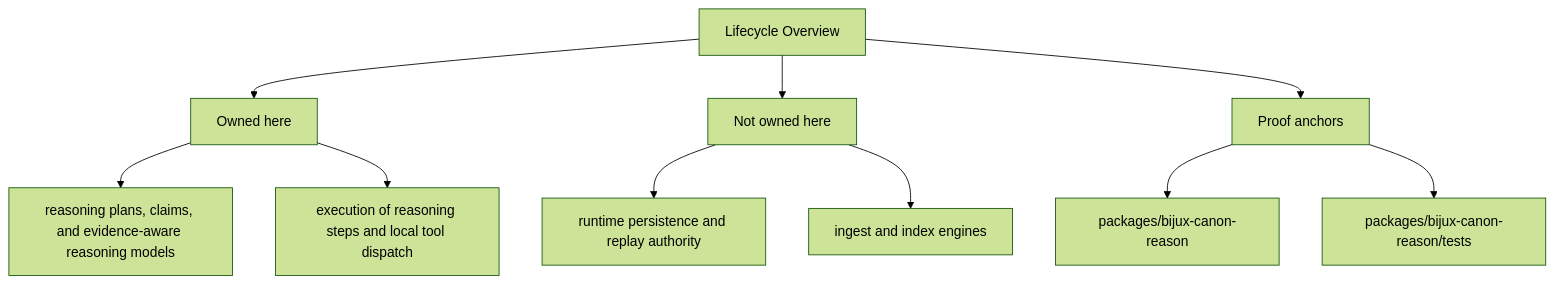
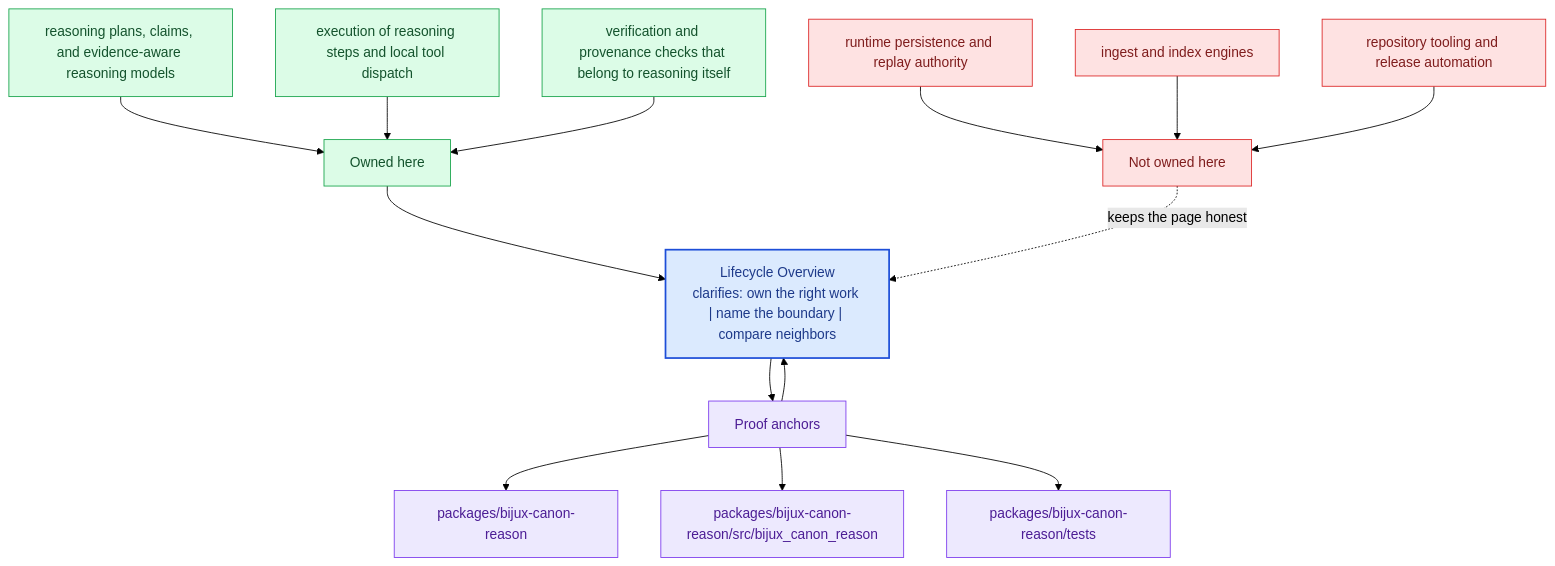
Before and after one commit to bijux/bijux-canon: the second of 2 diagrams in docs/bijux-canon-reason/foundation/lifecycle-overview.md, drawn with Mermaid (forest theme). The commit also changed other lines of this file and 281 other files, not shown here.

Commit message:
docs(diagrams): deepen handbook mermaid maps across the catalog

````diff
--- a/docs/bijux-canon-reason/foundation/lifecycle-overview.md
+++ b/docs/bijux-canon-reason/foundation/lifecycle-overview.md
@@ -36,22 +69,40 @@
 ```mermaid
-flowchart TD
-    page["Lifecycle Overview"]
+flowchart TB
+    promise["Lifecycle Overview<br/>clarifies: own the right work | name the boundary | compare neighbors"]
+    classDef promise fill:#dbeafe,stroke:#1d4ed8,color:#1e3a8a,stroke-width:2px;
+    classDef driver fill:#dcfce7,stroke:#16a34a,color:#14532d;
+    classDef constraint fill:#fee2e2,stroke:#dc2626,color:#7f1d1d;
+    classDef ground fill:#ede9fe,stroke:#7c3aed,color:#4c1d95;
     focus1["Owned here"]
-    page --> focus1
+    focus1 --> promise
     focus1_1["reasoning plans, claims, and evidence-aware reasoning models"]
-    focus1 --> focus1_1
+    focus1_1 --> focus1
     focus1_2["execution of reasoning steps and local tool dispatch"]
-    focus1 --> focus1_2
+    focus1_2 --> focus1
+    focus1_3["verification and provenance checks that belong to reasoning itself"]
+    focus1_3 --> focus1
+    class focus1 driver;
+    class focus1_1,focus1_2,focus1_3 driver;
     focus2["Not owned here"]
-    page --> focus2
+    focus2 -.keeps the page honest.-> promise
     focus2_1["runtime persistence and replay authority"]
-    focus2 --> focus2_1
+    focus2_1 --> focus2
     focus2_2["ingest and index engines"]
-    focus2 --> focus2_2
+    focus2_2 --> focus2
+    focus2_3["repository tooling and release automation"]
+    focus2_3 --> focus2
+    class focus2 constraint;
+    class focus2_1,focus2_2,focus2_3 constraint;
     focus3["Proof anchors"]
-    page --> focus3
+    focus3 --> promise
+    promise --> focus3
     focus3_1["packages/bijux-canon-reason"]
     focus3 --> focus3_1
-    focus3_2["packages/bijux-canon-reason/tests"]
+    focus3_2["packages/bijux-canon-reason/src/bijux_canon_reason"]
     focus3 --> focus3_2
+    focus3_3["packages/bijux-canon-reason/tests"]
+    focus3 --> focus3_3
+    class focus3 ground;
+    class focus3_1,focus3_2,focus3_3 ground;
+    class promise promise;
 ```
````
